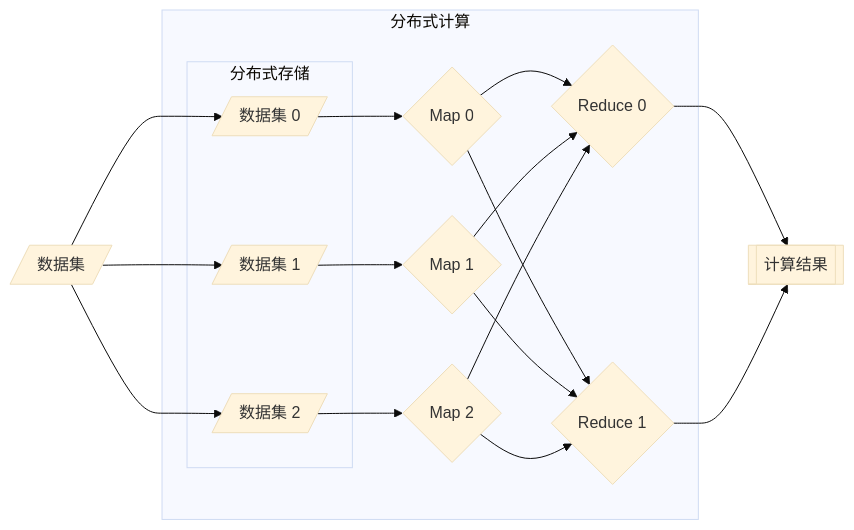
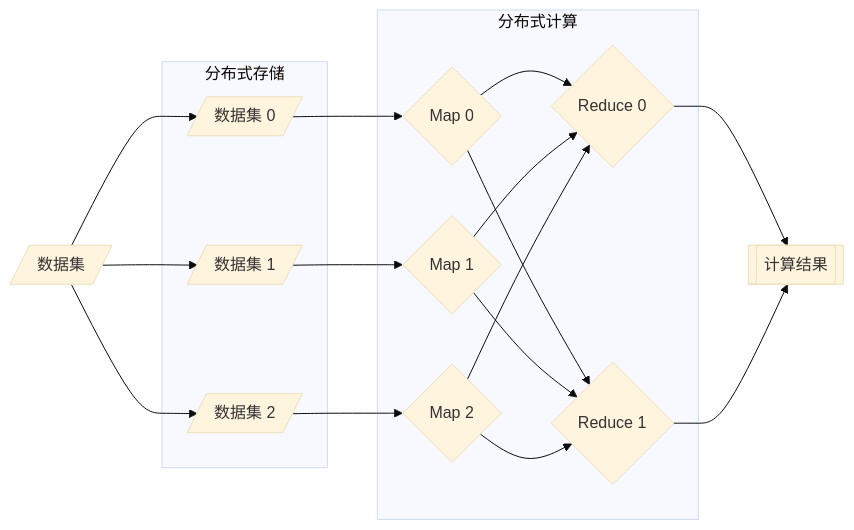
Before and after one commit to NaoYLee/Learning: the third of 4 diagrams in learning/Apache Spark.md, drawn with Mermaid (base theme). The commit also changed other lines of this file and 2 other files, not shown here.

````diff
--- a/learning/Apache Spark.md
+++ b/learning/Apache Spark.md
@@ -39,16 +41,16 @@
 ```mermaid
 graph LR
-    subgraph 分布式计算
-        subgraph 分布式存储
+    subgraph 分布式存储
         2[/数据集 0/]; 3[/数据集 1/]; 4[/数据集 2/]
     end
+    subgraph 分布式计算
         5{Map 0}; 6{Map 1}; 7{Map 2}
         8{Reduce 0}; 9{Reduce 1}
     end
     1[/数据集/] --> 2; 1 --> 3; 1 --> 4
     2 --> 5; 3 --> 6; 4 --> 7
     5 --> 8; 5 --> 9
     6 --> 8; 6 --> 9
     7 --> 8; 7 --> 9
     8 --> 10[[计算结果]]; 9 --> 10
 ```
````
